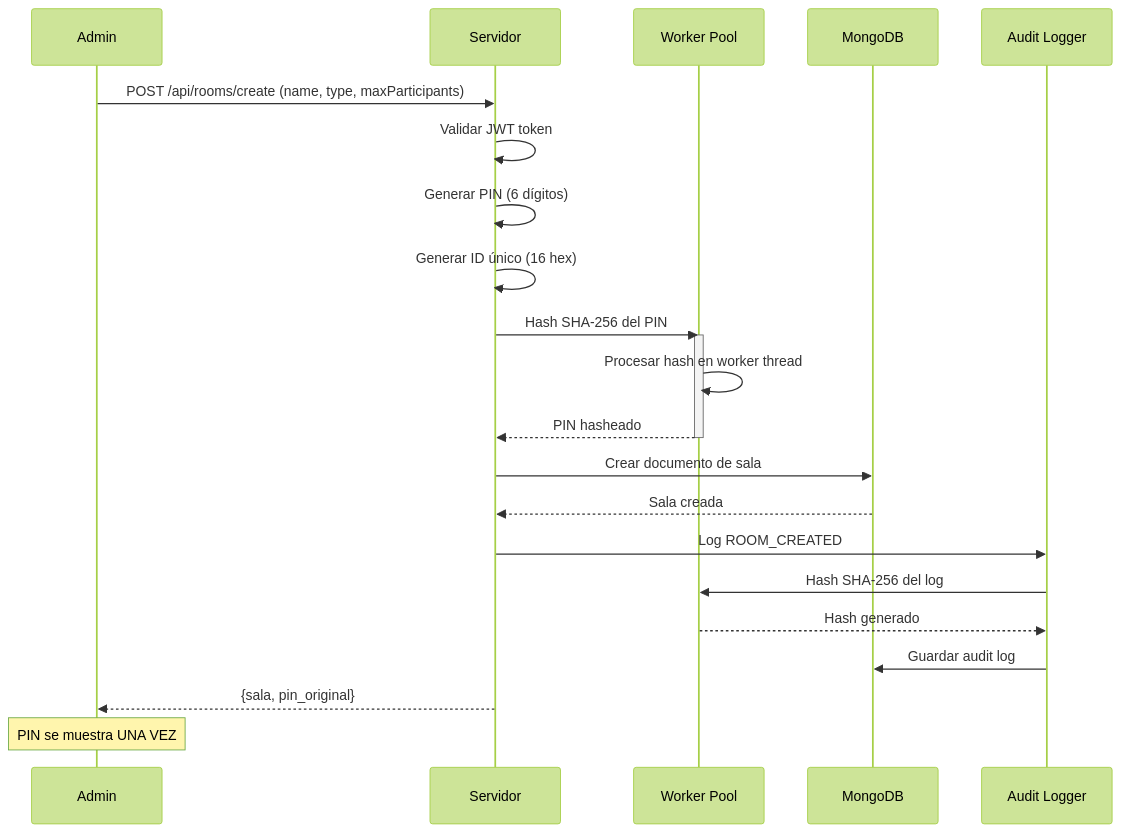
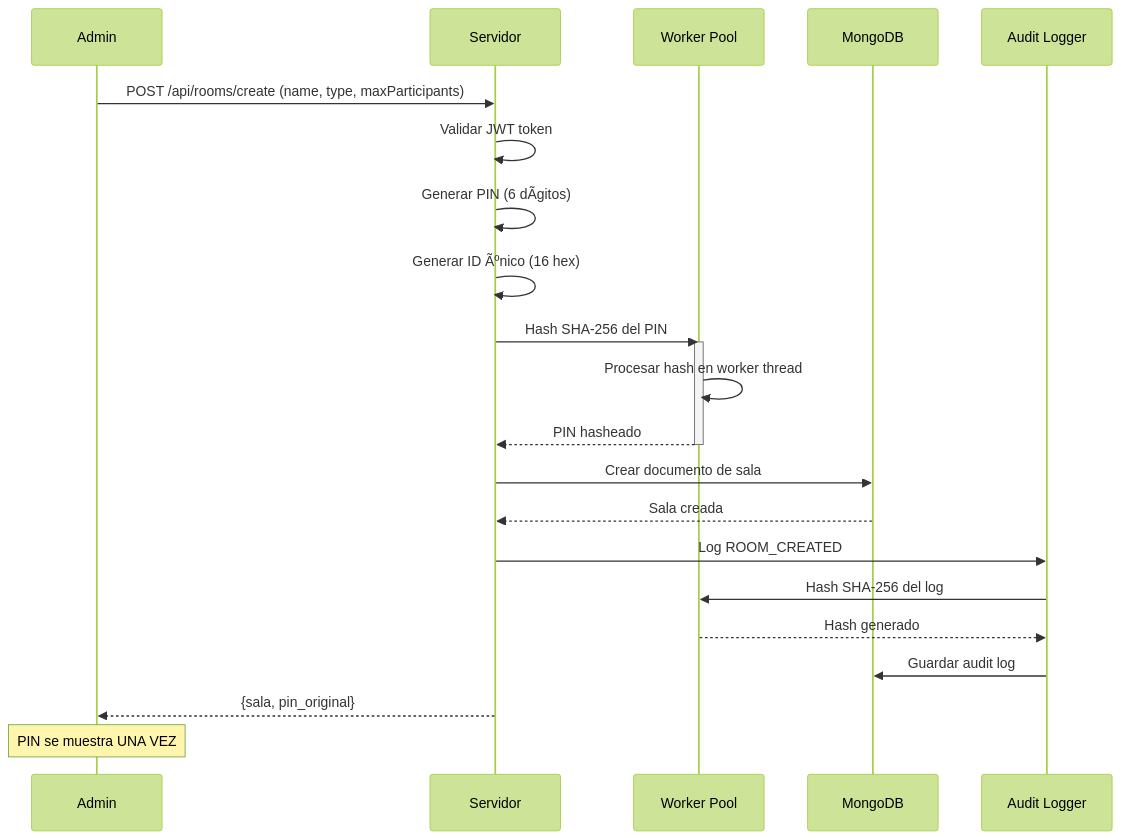
Before and after one commit to marinjosue/LiveChat: the second of 6 diagrams in README.md, drawn with Mermaid (forest theme). The commit also changed other lines of this file, not shown here.

````diff
--- a/README.md
+++ b/README.md
@@ -212,30 +212,30 @@
 ```mermaid
 sequenceDiagram
     participant A as Admin
     participant S as Servidor
     participant WP as Worker Pool
     participant DB as MongoDB
     participant AL as Audit Logger
 
     A->>S: POST /api/rooms/create (name, type, maxParticipants)
     S->>S: Validar JWT token
-    S->>S: Generar PIN (6 dígitos)
-    S->>S: Generar ID único (16 hex)
+    S->>S: Generar PIN (6 dÃ­gitos)
+    S->>S: Generar ID Ãºnico (16 hex)
     
     S->>WP: Hash SHA-256 del PIN
     activate WP
     WP->>WP: Procesar hash en worker thread
     WP-->>S: PIN hasheado
     deactivate WP
     
     S->>DB: Crear documento de sala
     DB-->>S: Sala creada
     
     S->>AL: Log ROOM_CREATED
     AL->>WP: Hash SHA-256 del log
     WP-->>AL: Hash generado
     AL->>DB: Guardar audit log
     
     S-->>A: {sala, pin_original}
     Note over A: PIN se muestra UNA VEZ
 ```
````
